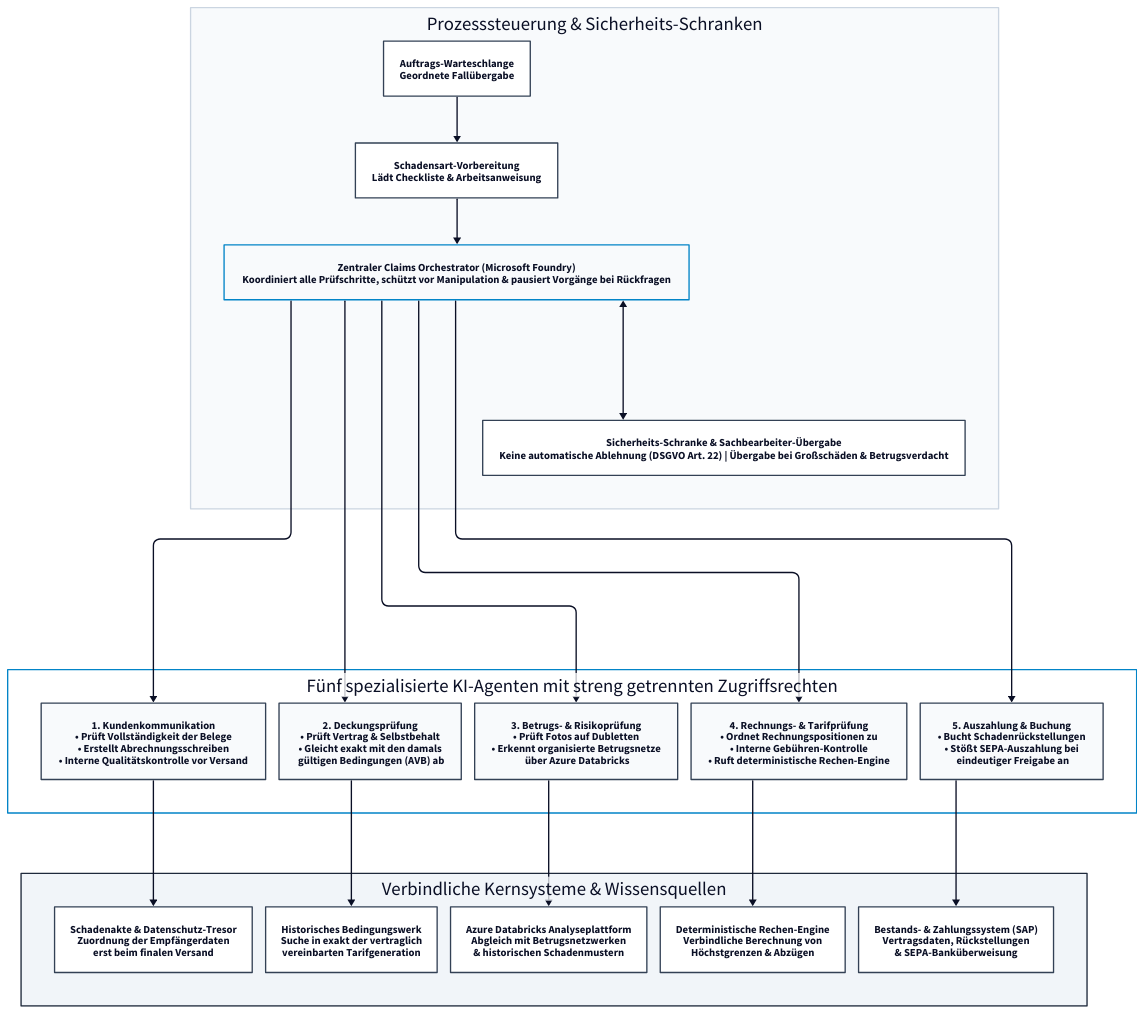
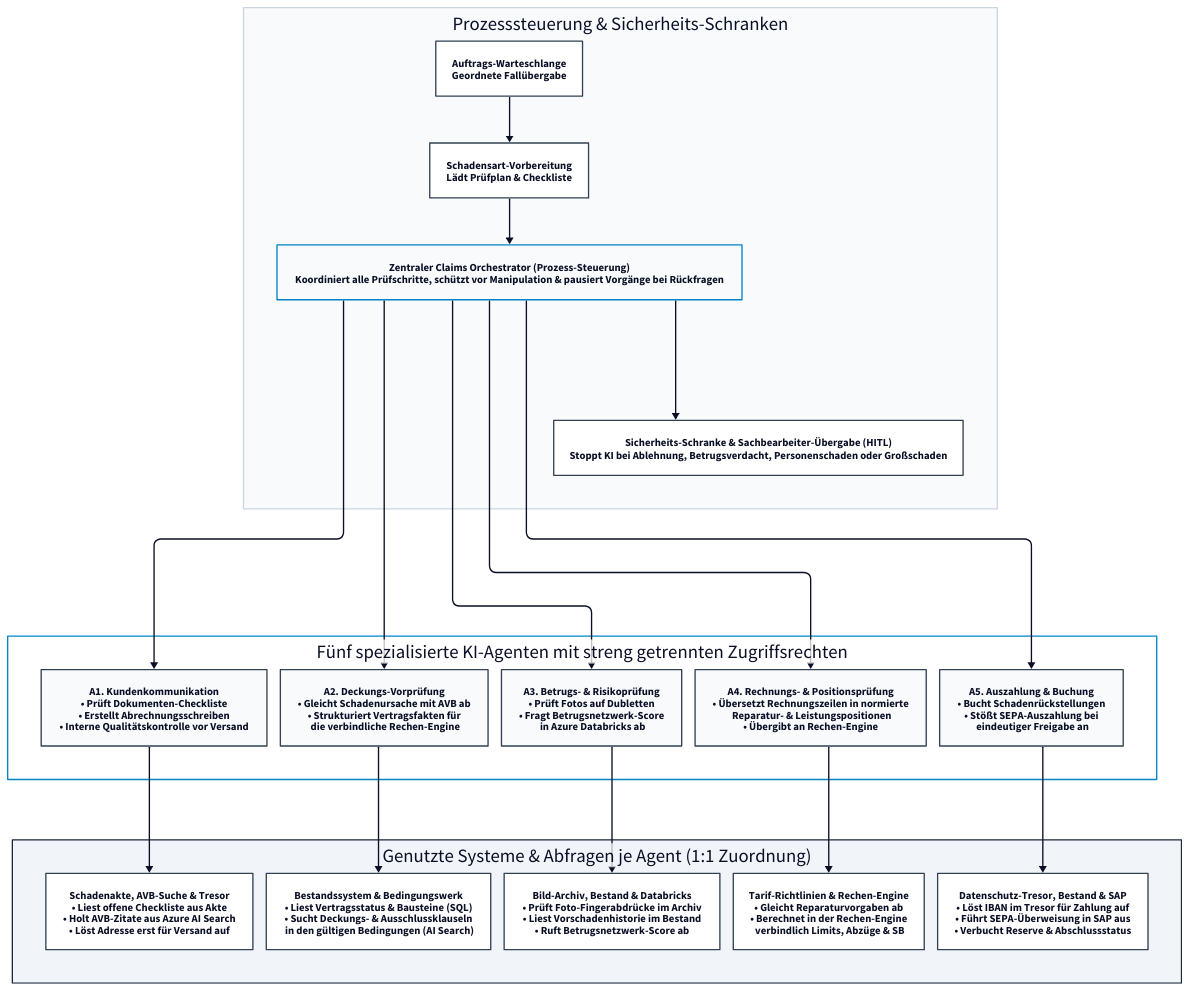
Before and after one commit to Jannis997/InsuranceAgenticClaimsProcessing: the diagram in diagrams/multi-agent-system.d2, drawn with D2. The commit also changed 16 other files, not shown here.

```diff
--- a/diagrams/multi-agent-system.d2
+++ b/diagrams/multi-agent-system.d2
@@ -1,46 +1,46 @@
 # Multi-Agent System Overview (Paste into https://play.d2lang.com)
 direction: down
 
 vars: {
   d2-config: {
     layout-engine: elk
     theme-id: 1
   }
 }
 
 control: "Prozesssteuerung & Sicherheits-Schranken" {
   style.fill: "#f8fafc"
   style.stroke: "#cbd5e1"
   queue: "Auftrags-Warteschlange\nGeordnete Fallübergabe" { style.fill: "#ffffff"; style.stroke: "#334155" }
-  loader: "Schadensart-Vorbereitung\nLädt Checkliste & Arbeitsanweisung" { style.fill: "#ffffff"; style.stroke: "#334155" }
-  orchestrator: "Zentraler Claims Orchestrator (Microsoft Foundry)\nKoordiniert alle Prüfschritte, schützt vor Manipulation & pausiert Vorgänge bei Rückfragen" { style.fill: "#f8fafc"; style.stroke: "#0284c7"; style.bold: true }
-  breaker: "Sicherheits-Schranke & Sachbearbeiter-Übergabe\nKeine automatische Ablehnung (DSGVO Art. 22) | Übergabe bei Großschäden & Betrugsverdacht" { style.fill: "#ffffff"; style.stroke: "#334155" }
+  loader: "Schadensart-Vorbereitung\nLädt Prüfplan & Checkliste" { style.fill: "#ffffff"; style.stroke: "#334155" }
+  orchestrator: "Zentraler Claims Orchestrator (Prozess-Steuerung)\nKoordiniert alle Prüfschritte, schützt vor Manipulation & pausiert Vorgänge bei Rückfragen" { style.fill: "#f8fafc"; style.stroke: "#0284c7"; style.bold: true }
+  breaker: "Sicherheits-Schranke & Sachbearbeiter-Übergabe (HITL)\nStoppt KI bei Ablehnung, Betrugsverdacht, Personenschaden oder Großschaden" { style.fill: "#ffffff"; style.stroke: "#334155" }
   queue -> loader -> orchestrator
-  orchestrator <-> breaker
+  orchestrator -> breaker
 }
 
 agents: "Fünf spezialisierte KI-Agenten mit streng getrennten Zugriffsrechten" {
   style.fill: "#ffffff"
   style.stroke: "#0284c7"
-  a1: "1. Kundenkommunikation\n• Prüft Vollständigkeit der Belege\n• Erstellt Abrechnungsschreiben\n• Interne Qualitätskontrolle vor Versand" { style.fill: "#f8fafc"; style.stroke: "#334155" }
-  a2: "2. Deckungsprüfung\n• Prüft Vertrag & Selbstbehalt\n• Gleicht exakt mit den damals\n  gültigen Bedingungen (AVB) ab" { style.fill: "#f8fafc"; style.stroke: "#334155" }
-  a3: "3. Betrugs- & Risikoprüfung\n• Prüft Fotos auf Dubletten\n• Erkennt organisierte Betrugsnetze\n  über Azure Databricks" { style.fill: "#f8fafc"; style.stroke: "#334155" }
-  a4: "4. Rechnungs- & Tarifprüfung\n• Ordnet Rechnungspositionen zu\n• Interne Gebühren-Kontrolle\n• Ruft deterministische Rechen-Engine" { style.fill: "#f8fafc"; style.stroke: "#334155" }
-  a5: "5. Auszahlung & Buchung\n• Bucht Schadenrückstellungen\n• Stößt SEPA-Auszahlung bei\n  eindeutiger Freigabe an" { style.fill: "#f8fafc"; style.stroke: "#334155" }
+  a1: "A1. Kundenkommunikation\n• Prüft Dokumenten-Checkliste\n• Erstellt Abrechnungsschreiben\n• Interne Qualitätskontrolle vor Versand" { style.fill: "#f8fafc"; style.stroke: "#334155" }
+  a2: "A2. Deckungs-Vorprüfung\n• Gleicht Schadenursache mit AVB ab\n• Strukturiert Vertragsfakten für\n  die verbindliche Rechen-Engine" { style.fill: "#f8fafc"; style.stroke: "#334155" }
+  a3: "A3. Betrugs- & Risikoprüfung\n• Prüft Fotos auf Dubletten\n• Fragt Betrugsnetzwerk-Score\n  in Azure Databricks ab" { style.fill: "#f8fafc"; style.stroke: "#334155" }
+  a4: "A4. Rechnungs- & Positionsprüfung\n• Übersetzt Rechnungszeilen in normierte\n  Reparatur- & Leistungspositionen\n• Übergibt an Rechen-Engine" { style.fill: "#f8fafc"; style.stroke: "#334155" }
+  a5: "A5. Auszahlung & Buchung\n• Bucht Schadenrückstellungen\n• Stößt SEPA-Auszahlung bei\n  eindeutiger Freigabe an" { style.fill: "#f8fafc"; style.stroke: "#334155" }
 }
 
-backends: "Verbindliche Kernsysteme & Wissensquellen" {
+backends: "Genutzte Systeme & Abfragen je Agent (1:1 Zuordnung)" {
   style.fill: "#f1f5f9"
   style.stroke: "#1e293b"
-  b1: "Schadenakte & Datenschutz-Tresor\nZuordnung der Empfängerdaten\nerst beim finalen Versand" { style.fill: "#ffffff"; style.stroke: "#334155" }
-  b2: "Historisches Bedingungswerk\nSuche in exakt der vertraglich\nvereinbarten Tarifgeneration" { style.fill: "#ffffff"; style.stroke: "#334155" }
-  b3: "Azure Databricks Analyseplattform\nAbgleich mit Betrugsnetzwerken\n& historischen Schadenmustern" { style.fill: "#ffffff"; style.stroke: "#334155" }
-  b4: "Deterministische Rechen-Engine\nVerbindliche Berechnung von\nHöchstgrenzen & Abzügen" { style.fill: "#ffffff"; style.stroke: "#334155" }
-  b5: "Bestands- & Zahlungssystem (SAP)\nVertragsdaten, Rückstellungen\n& SEPA-Banküberweisung" { style.fill: "#ffffff"; style.stroke: "#334155" }
+  b1: "Schadenakte, AVB-Suche & Tresor\n• Liest offene Checkliste aus Akte\n• Holt AVB-Zitate aus Azure AI Search\n• Löst Adresse erst für Versand auf" { style.fill: "#ffffff"; style.stroke: "#334155" }
+  b2: "Bestandssystem & Bedingungswerk\n• Liest Vertragsstatus & Bausteine (SQL)\n• Sucht Deckungs- & Ausschlussklauseln\n  in den gültigen Bedingungen (AI Search)" { style.fill: "#ffffff"; style.stroke: "#334155" }
+  b3: "Bild-Archiv, Bestand & Databricks\n• Prüft Foto-Fingerabdrücke im Archiv\n• Liest Vorschadenhistorie im Bestand\n• Ruft Betrugsnetzwerk-Score ab" { style.fill: "#ffffff"; style.stroke: "#334155" }
+  b4: "Tarif-Richtlinien & Rechen-Engine\n• Gleicht Reparaturvorgaben ab\n• Berechnet in der Rechen-Engine\n  verbindlich Limits, Abzüge & SB" { style.fill: "#ffffff"; style.stroke: "#334155" }
+  b5: "Datenschutz-Tresor, Bestand & SAP\n• Löst IBAN im Tresor für Zahlung auf\n• Führt SEPA-Überweisung in SAP aus\n• Verbucht Reserve & Abschlussstatus" { style.fill: "#ffffff"; style.stroke: "#334155" }
 }
 
 control.orchestrator -> agents.a1 -> backends.b1
 control.orchestrator -> agents.a2 -> backends.b2
 control.orchestrator -> agents.a3 -> backends.b3
 control.orchestrator -> agents.a4 -> backends.b4
 control.orchestrator -> agents.a5 -> backends.b5
```
